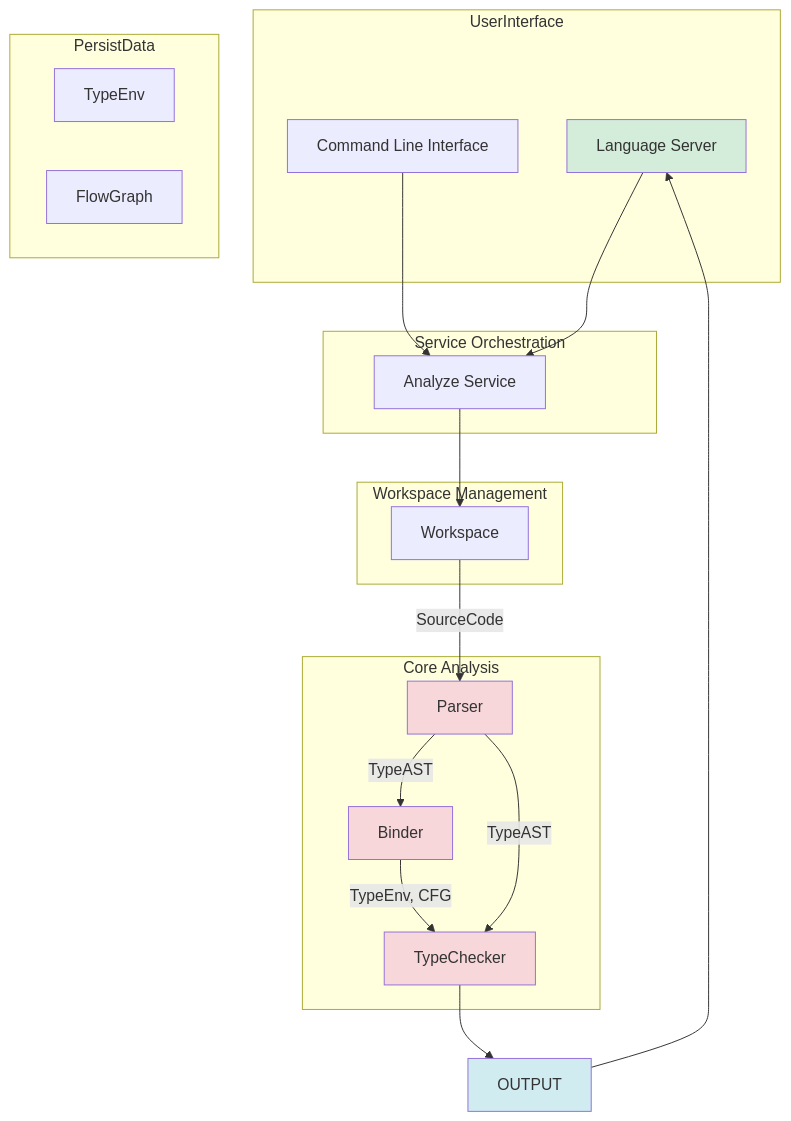
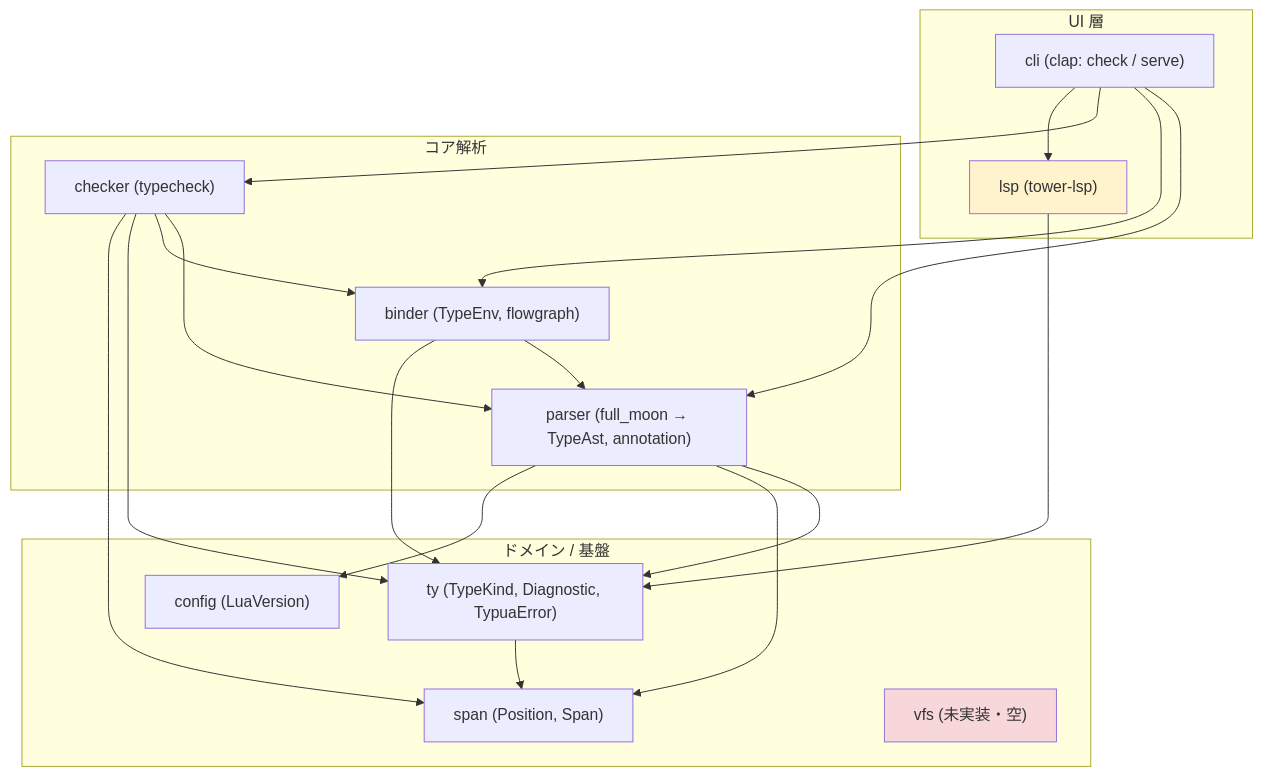
The diagram in docs/DESIGN.md (takeshiD/typua), drawn with Mermaid before and after one commit. The commit also changed other lines of this file, not shown here.

First line of the commit message:
docs: rewrite DESIGN.md to match code as source of truth

````diff
--- a/docs/DESIGN.md
+++ b/docs/DESIGN.md
@@ -5,39 +18,37 @@
 ```mermaid
 graph TB
-    subgraph "UserInterface"
-        LSP["Language Server"]
-        CLI["Command Line Interface"]
+    subgraph UI["UI 層"]
+        CLI["cli (clap: check / serve)"]
+        LSP["lsp (tower-lsp)"]
+    end
+    subgraph CORE["コア解析"]
+        PARSER["parser (full_moon → TypeAst, annotation)"]
+        BINDER["binder (TypeEnv, flowgraph)"]
+        CHECKER["checker (typecheck)"]
+    end
+    subgraph DOMAIN["ドメイン / 基盤"]
+        TY["ty (TypeKind, Diagnostic, TypuaError)"]
+        SPAN["span (Position, Span)"]
+        CONFIG["config (LuaVersion)"]
+        VFS["vfs (未実装・空)"]
     end
 
-    subgraph "Service Orchestration"
-        ANALYZE_SERVICE[Analyze Service]
-    end
-    subgraph "Workspace Management"
-        WORKSPACE[Workspace]
-    end
-    subgraph "Core Analysis"
-        PARSER[Parser]
-        BINDER[Binder]
-        TYPE_CHECKER[TypeChecker]
-    end
-    subgraph "PersistData"
-        ENV[TypeEnv]
-        CFG[FlowGraph]
-    end
-    
-    CLI --> ANALYZE_SERVICE
-    LSP --> ANALYZE_SERVICE
-    ANALYZE_SERVICE --> WORKSPACE
-    WORKSPACE --SourceCode--> PARSER
-    PARSER --TypeAST--> BINDER
-    BINDER --TypeEnv, CFG--> TYPE_CHECKER
-    PARSER --TypeAST--> TYPE_CHECKER
-    TYPE_CHECKER --> OUTPUT
-    OUTPUT --> LSP
-    
-    style LSP fill:#d4edda
-    style PARSER fill:#f8d7da
-    style BINDER fill:#f8d7da
-    style TYPE_CHECKER fill:#f8d7da
-    style OUTPUT fill:#d1ecf1
+    CLI --> PARSER
+    CLI --> BINDER
+    CLI --> CHECKER
+    CLI --> LSP
+    LSP --> TY
+    PARSER --> TY
+    PARSER --> SPAN
+    PARSER --> CONFIG
+    BINDER --> PARSER
+    BINDER --> TY
+    CHECKER --> PARSER
+    CHECKER --> BINDER
+    CHECKER --> TY
+    CHECKER --> SPAN
+    TY --> SPAN
+
+    style VFS fill:#f8d7da
+    style LSP fill:#fff3cd
 ```
````
